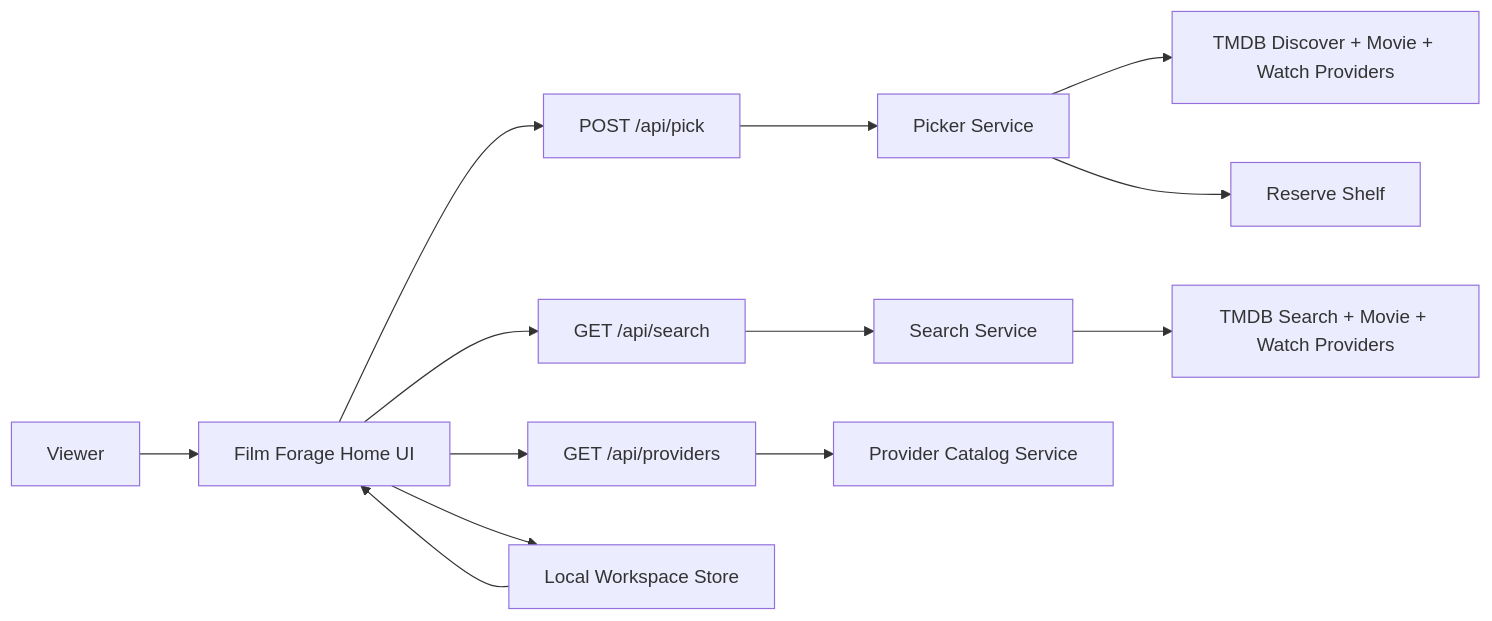
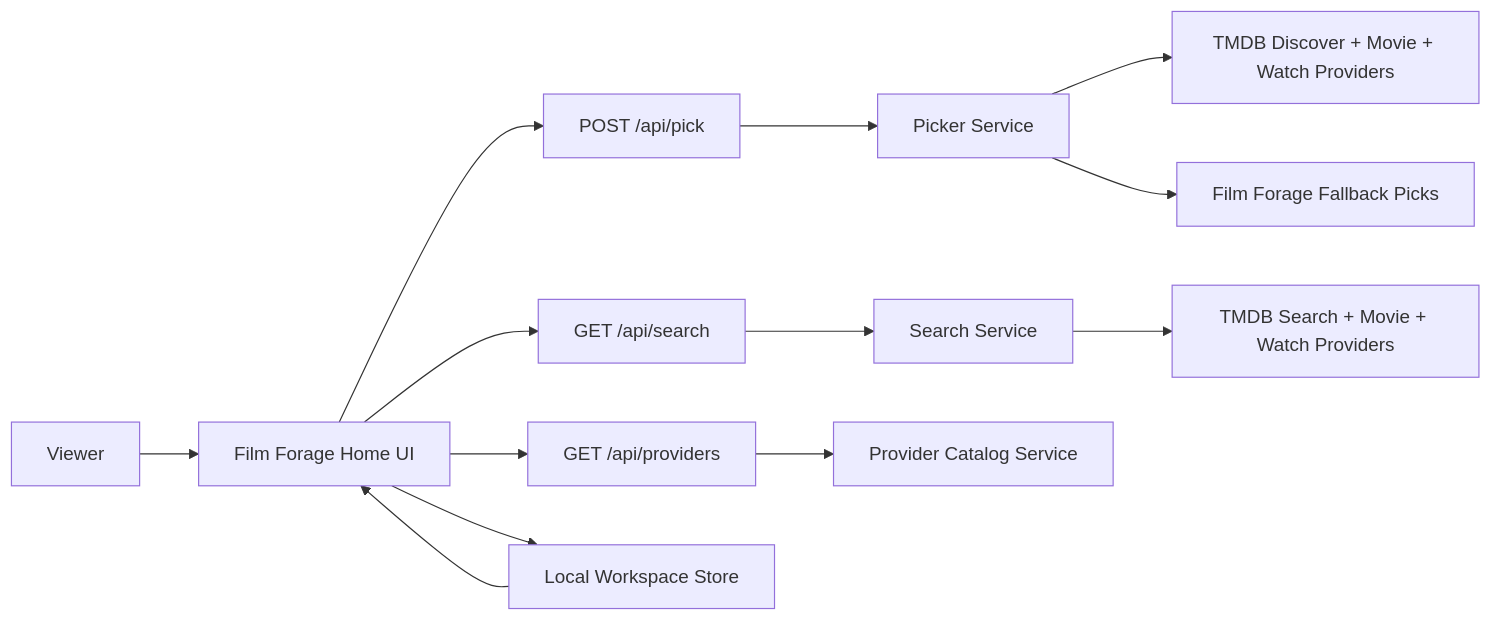
Before and after one commit to AibSyed/film-forage: the diagram in README.md, drawn with Mermaid. The commit also changed other lines of this file and 31 other files, not shown here.

Commit message:
Polish Film Forage layout and TMDB auth (#36)

````diff
--- a/README.md
+++ b/README.md
@@ -22,15 +22,15 @@
 ```mermaid
 flowchart LR
   U["Viewer"] --> UI["Film Forage Home UI"]
   UI --> RH1["POST /api/pick"]
   UI --> RH2["GET /api/search"]
   UI --> RH3["GET /api/providers"]
   RH1 --> PICK["Picker Service"]
   RH2 --> SEARCH["Search Service"]
   RH3 --> PROV["Provider Catalog Service"]
   PICK --> TMDB1["TMDB Discover + Movie + Watch Providers"]
   SEARCH --> TMDB2["TMDB Search + Movie + Watch Providers"]
   UI --> LS["Local Workspace Store"]
   LS --> UI
-  PICK --> RES["Reserve Shelf"]
+  PICK --> RES["Film Forage Fallback Picks"]
 ```
````
